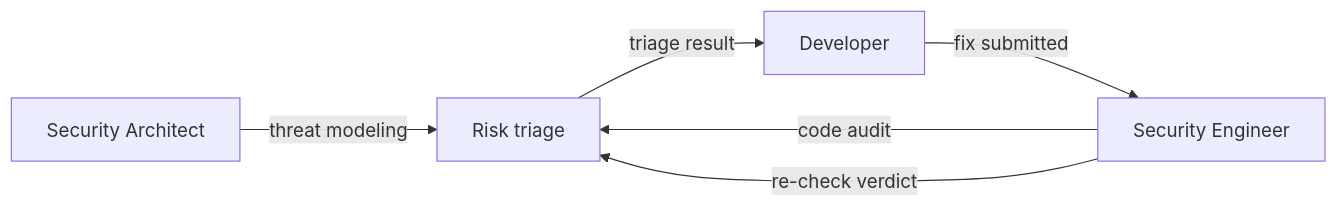
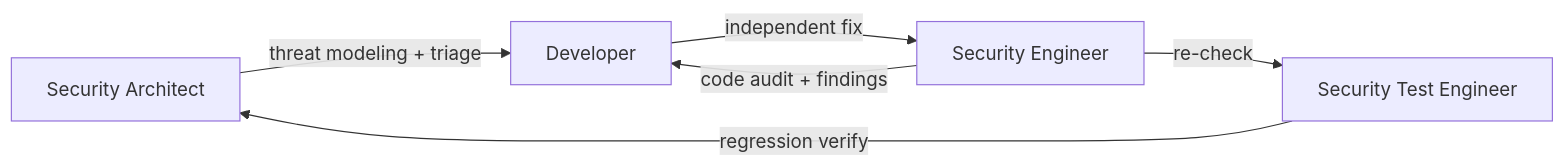
The fourth of 6 diagrams in README.en.md (icylight/pi-tavern), drawn with Mermaid before and after one commit. The commit also changed other lines of this file and 1 other file, not shown here.

Commit message:
docs(readme): 三图对齐 Dev 草案——安全审查加安全测试工程师回归验证回流、开源维护发布回流分诊、技术调研加立项节点（中英一致）

````diff
--- a/README.en.md
+++ b/README.en.md
@@ -142,8 +142,8 @@
 ```mermaid
 flowchart LR
-    SA["Security Architect"] -->|"threat modeling"| RT["Risk triage"]
-    SE["Security Engineer"] -->|"code audit"| RT
-    RT -->|"triage result"| DE["Developer"]
-    DE -->|"fix submitted"| SE
-    SE -->|"re-check verdict"| RT
+    SA["Security Architect"] -->|"threat modeling + triage"| DV["Developer"]
+    SE["Security Engineer"] -->|"code audit + findings"| DV
+    DV -->|"independent fix"| SE
+    SE -->|"re-check"| ST["Security Test Engineer"]
+    ST -->|"regression verify"| SA
 ```
````
